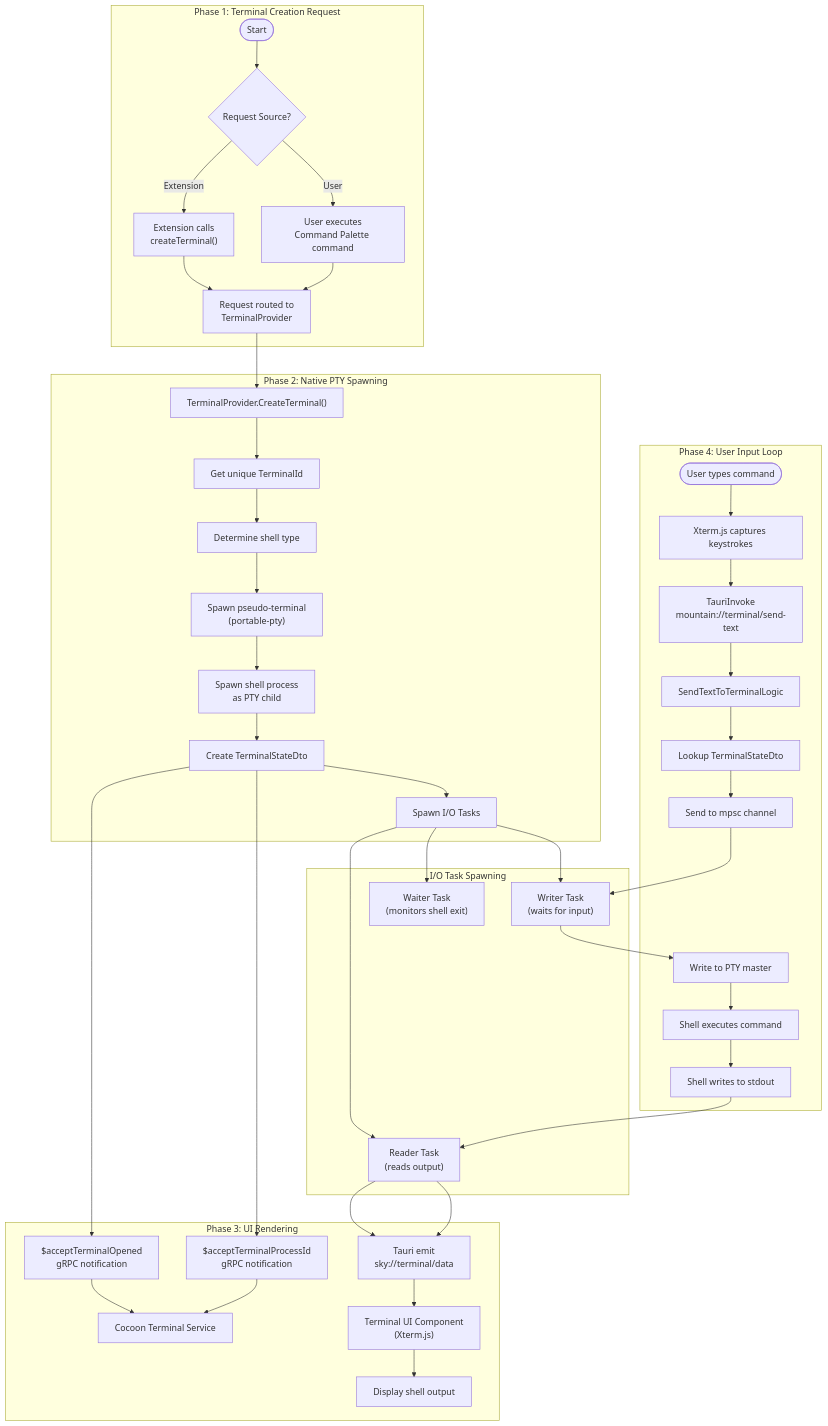
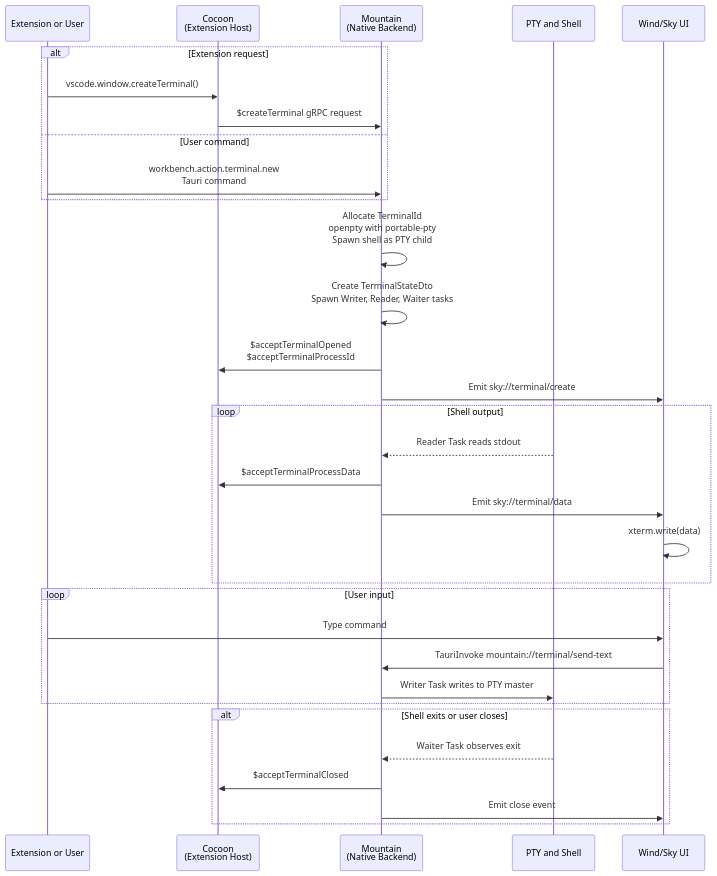
The diagram in Documentation/GitHub/Workflow/CreatingAndInteractingWithAnIntegratedTerminal.md (CodeEditorLand/Land), drawn with Mermaid before and after one commit. The commit also changed other lines of this file and 28 other files, not shown here.

````diff
--- a/Documentation/GitHub/Workflow/CreatingAndInteractingWithAnIntegratedTerminal.md
+++ b/Documentation/GitHub/Workflow/CreatingAndInteractingWithAnIntegratedTerminal.md
@@ -8,50 +27,38 @@
 ```mermaid
-flowchart TB
-    subgraph Request["Phase 1: Terminal Creation Request"]
-        Start(["Start"]) --> Choice{Request Source?}
-        Choice -->|Extension| ExtCall["Extension calls<br/>createTerminal()"]
-        Choice -->|User| UserCmd["User executes<br/>Command Palette command"]
-        ExtCall --> Provider["Request routed to<br/>TerminalProvider"]
-        UserCmd --> Provider
+sequenceDiagram
+    participant Src as Extension or User
+    participant Cocoon as Cocoon<br/>(Extension Host)
+    participant Mountain as Mountain<br/>(Native Backend)
+    participant PTY as PTY and Shell
+    participant Sky as Wind/Sky UI
+
+    alt Extension request
+        Src->>Cocoon: vscode.window.createTerminal()
+        Cocoon->>Mountain: $createTerminal gRPC request
+    else User command
+        Src->>Mountain: workbench.action.terminal.new<br/>Tauri command
+    end
+    Mountain->>Mountain: Allocate TerminalId<br/>openpty with portable-pty<br/>Spawn shell as PTY child
+    Mountain->>Mountain: Create TerminalStateDto<br/>Spawn Writer, Reader, Waiter tasks
+    Mountain->>Cocoon: $acceptTerminalOpened<br/>$acceptTerminalProcessId
+    Mountain->>Sky: Emit sky://terminal/create
+
+    loop Shell output
+        PTY-->>Mountain: Reader Task reads stdout
+        Mountain->>Cocoon: $acceptTerminalProcessData
+        Mountain->>Sky: Emit sky://terminal/data
+        Sky->>Sky: xterm.write(data)
     end
 
-    subgraph Spawning["Phase 2: Native PTY Spawning"]
-        Provider --> CreateTerminal["TerminalProvider.CreateTerminal()"]
-        CreateTerminal --> GetId["Get unique TerminalId"]
-        GetId --> DetermineShell["Determine shell type"]
-        DetermineShell --> OpenPTY["Spawn pseudo-terminal<br/>(portable-pty)"]
-        OpenPTY --> SpawnShell["Spawn shell process<br/>as PTY child"]
-        SpawnShell --> CreateState["Create TerminalStateDto"]
-        CreateState --> SpawnTasks["Spawn I/O Tasks"]
+    loop User input
+        Src->>Sky: Type command
+        Sky->>Mountain: TauriInvoke mountain://terminal/send-text
+        Mountain->>PTY: Writer Task writes to PTY master
     end
 
-    subgraph Tasks["I/O Task Spawning"]
-        SpawnTasks --> WriterTask["Writer Task<br/>(waits for input)"]
-        SpawnTasks --> ReaderTask["Reader Task<br/>(reads output)"]
-        SpawnTasks --> WaiterTask["Waiter Task<br/>(monitors shell exit)"]
-    end
-
-    subgraph UI["Phase 3: UI Rendering"]
-        CreateState --> NotifyOpen["$acceptTerminalOpened<br/>gRPC notification"]
-        CreateState --> NotifyPID["$acceptTerminalProcessId<br/>gRPC notification"]
-        NotifyOpen --> CocoonService["Cocoon Terminal Service"]
-        NotifyPID --> CocoonService
-        ReaderTask --> TauriEvent["Tauri emit<br/>sky://terminal/data"]
-        TauriEvent --> TerminalUI["Terminal UI Component<br/>(Xterm.js)"]
-        TerminalUI --> Output["Display shell output"]
-    end
-
-    subgraph Input["Phase 4: User Input Loop"]
-        UserInput(["User types command"]) --> Capture["Xterm.js captures keystrokes"]
-        Capture --> SendText["TauriInvoke<br/>mountain://terminal/send-text"]
-        SendText --> SendTextLogic["SendTextToTerminalLogic"]
-        SendTextLogic --> LookupDTO["Lookup TerminalStateDto"]
-        LookupDTO --> SendToChannel["Send to mpsc channel"]
-        SendToChannel --> WriterTask
-        WriterTask --> WritePTY["Write to PTY master"]
-        WritePTY --> ShellExec["Shell executes command"]
-        ShellExec --> PTYOutput["Shell writes to stdout"]
-        PTYOutput --> ReaderTask
-        ReaderTask --> TauriEvent
+    alt Shell exits or user closes
+        PTY-->>Mountain: Waiter Task observes exit
+        Mountain->>Cocoon: $acceptTerminalClosed
+        Mountain->>Sky: Emit close event
     end
 ```
````
